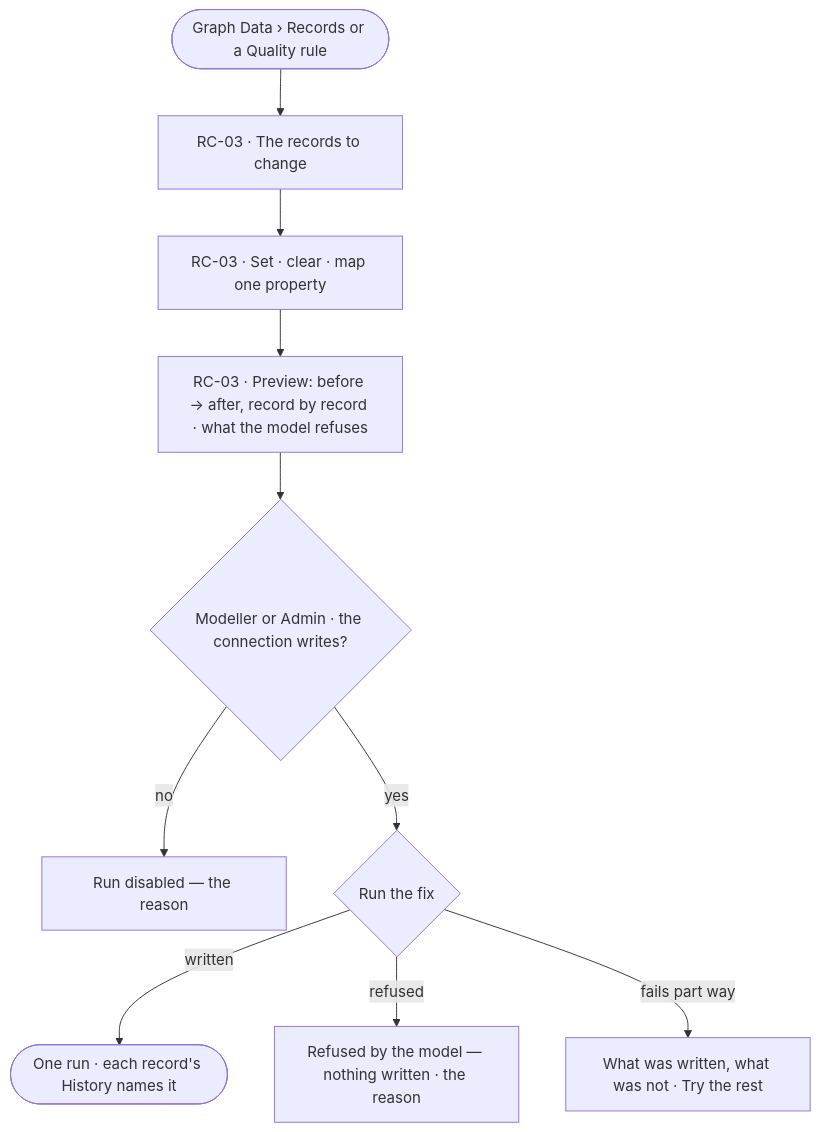
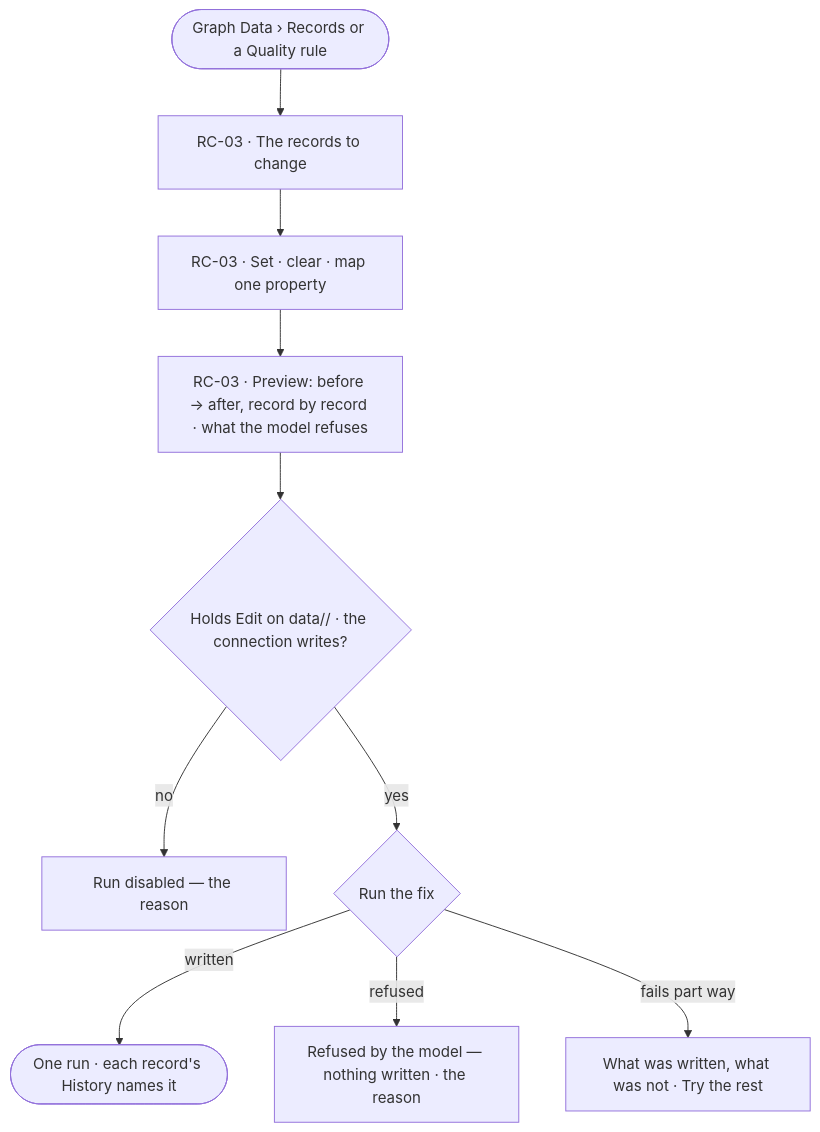
One commit to invana/invana changed the diagram in specs/capabilities/records/features/RC-F04-bulk-fixes/feature.md. Above: the diagram before and after it, drawn with Mermaid. The commit also changed 228 other files, not shown here.

````diff
--- a/specs/capabilities/records/features/RC-F04-bulk-fixes/feature.md
+++ b/specs/capabilities/records/features/RC-F04-bulk-fixes/feature.md
@@ -21,12 +21,12 @@
 ```mermaid
 flowchart TD
   start([Graph Data › Records or a Quality rule]) --> sel["RC-03 · The records to change"]
   sel --> ch["RC-03 · Set · clear · map one property"]
   ch --> pv["RC-03 · Preview: before → after, record by record · what the model refuses"]
-  pv --> g{Modeller or Admin · the connection writes?}
+  pv --> g{"Holds Edit on data/<graph database>/<kind> · the connection writes?"}
   g -->|no| na["Run disabled — the reason"]
   g -->|yes| run{"Run the fix"}
   run -->|written| done(["One run · each record's History names it"])
   run -->|refused| rf["Refused by the model — nothing written · the reason"]
   run -->|fails part way| pf["What was written, what was not · Try the rest"]
 ```
````
